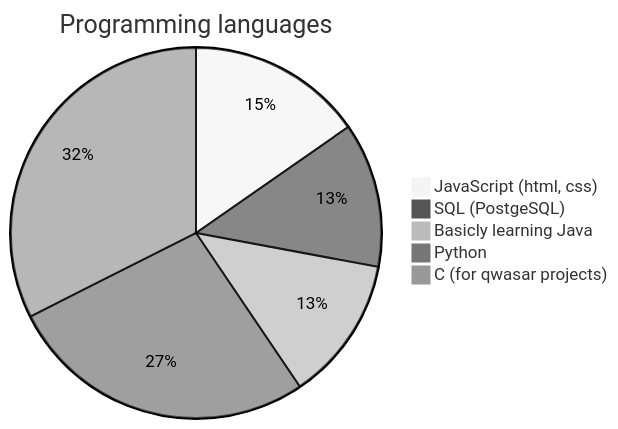
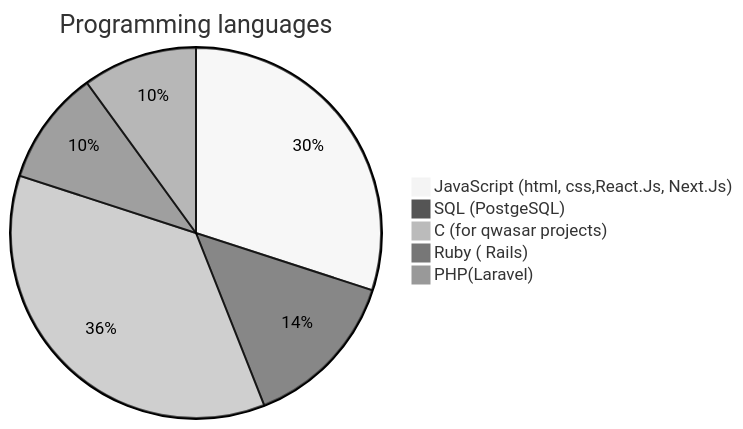
The diagram in README.md (Dilrabo1991/Dilrabo1991), drawn with Mermaid (neutral theme) before and after one commit. The commit also changed other lines of this file, not shown here.

````diff
--- a/README.md
+++ b/README.md
@@ -20,9 +20,10 @@
 ```mermaid
 pie
     title Programming languages
-    "JavaScript (html, css)" : 85
+    "JavaScript (html, css,React.Js, Next.Js)" :150
     "SQL (PostgeSQL)" : 70
-    "Basicly learning Java" : 70
-    "Python" : 150
     "C (for qwasar projects)" : 180
+    "Ruby ( Rails)" :50
+    "PHP(Laravel)" :50
+    
 ```
````
